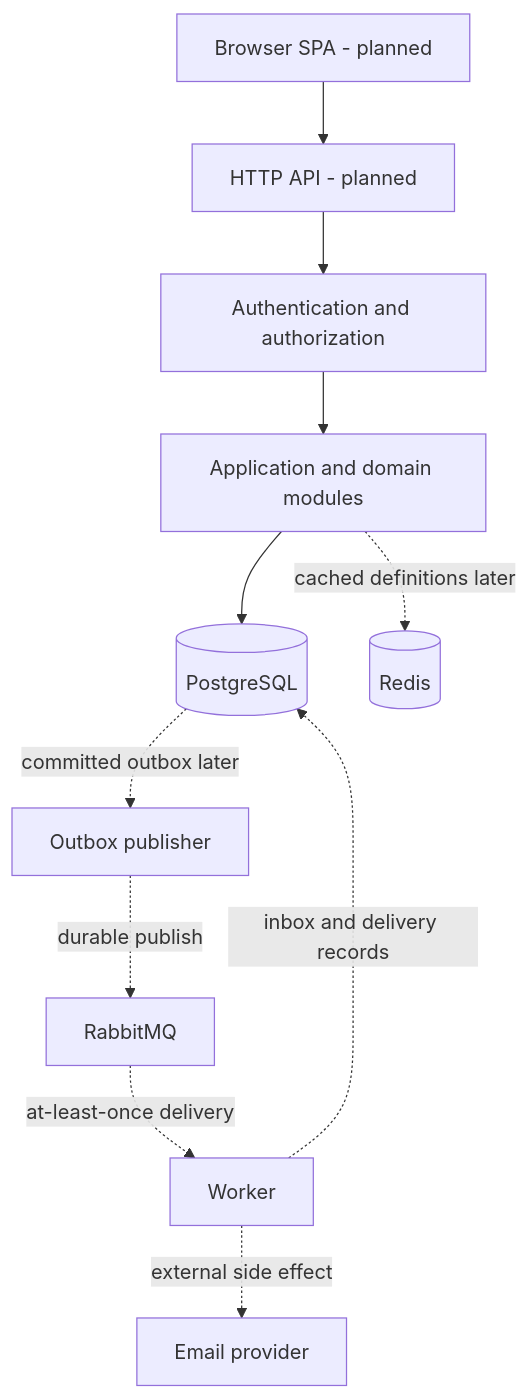
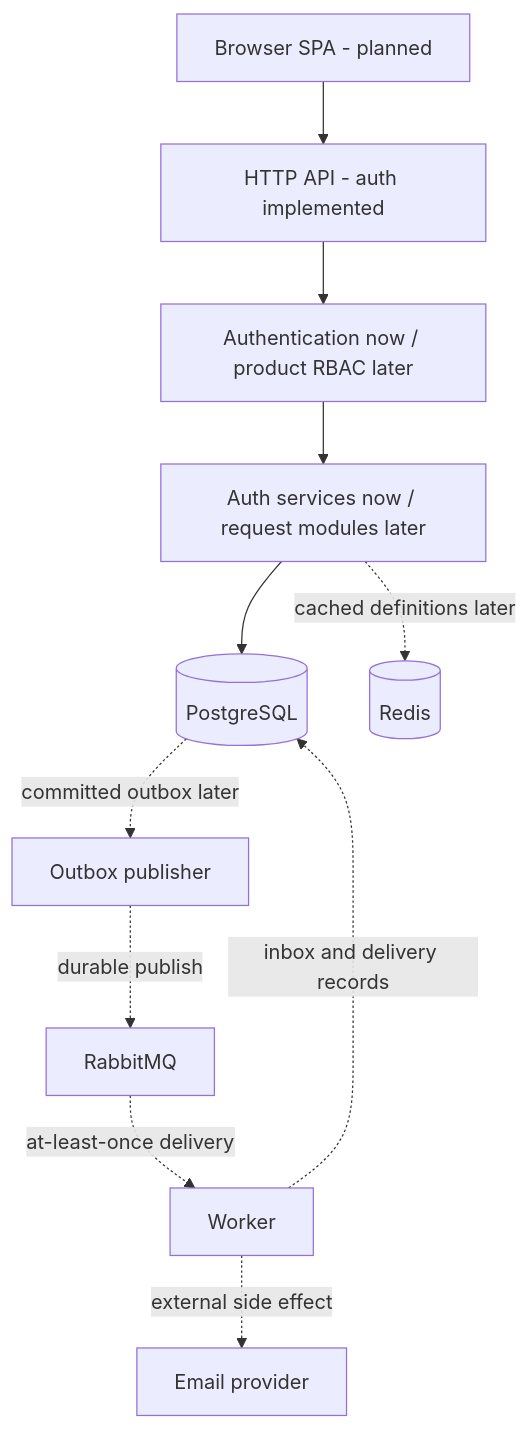
One commit to sagarbagwe/gateflow changed the diagram in docs/architecture/system-design.md. Above: the diagram before and after it, drawn with Mermaid. The commit also changed other lines of this file and 49 other files, not shown here.

````diff
--- a/docs/architecture/system-design.md
+++ b/docs/architecture/system-design.md
@@ -64,13 +65,13 @@
 ```mermaid
 flowchart TD
-    UI[Browser SPA - planned] --> API[HTTP API - planned]
-    API --> AUTH[Authentication and authorization]
-    AUTH --> DOMAIN[Application and domain modules]
+    UI[Browser SPA - planned] --> API[HTTP API - auth implemented]
+    API --> AUTH[Authentication now / product RBAC later]
+    AUTH --> DOMAIN[Auth services now / request modules later]
     DOMAIN --> PG[(PostgreSQL)]
     DOMAIN -. cached definitions later .-> REDIS[(Redis)]
     PG -. committed outbox later .-> PUB[Outbox publisher]
     PUB -. durable publish .-> MQ[RabbitMQ]
     MQ -. at-least-once delivery .-> WORK[Worker]
     WORK -. inbox and delivery records .-> PG
     WORK -. external side effect .-> EMAIL[Email provider]
 ```
````
